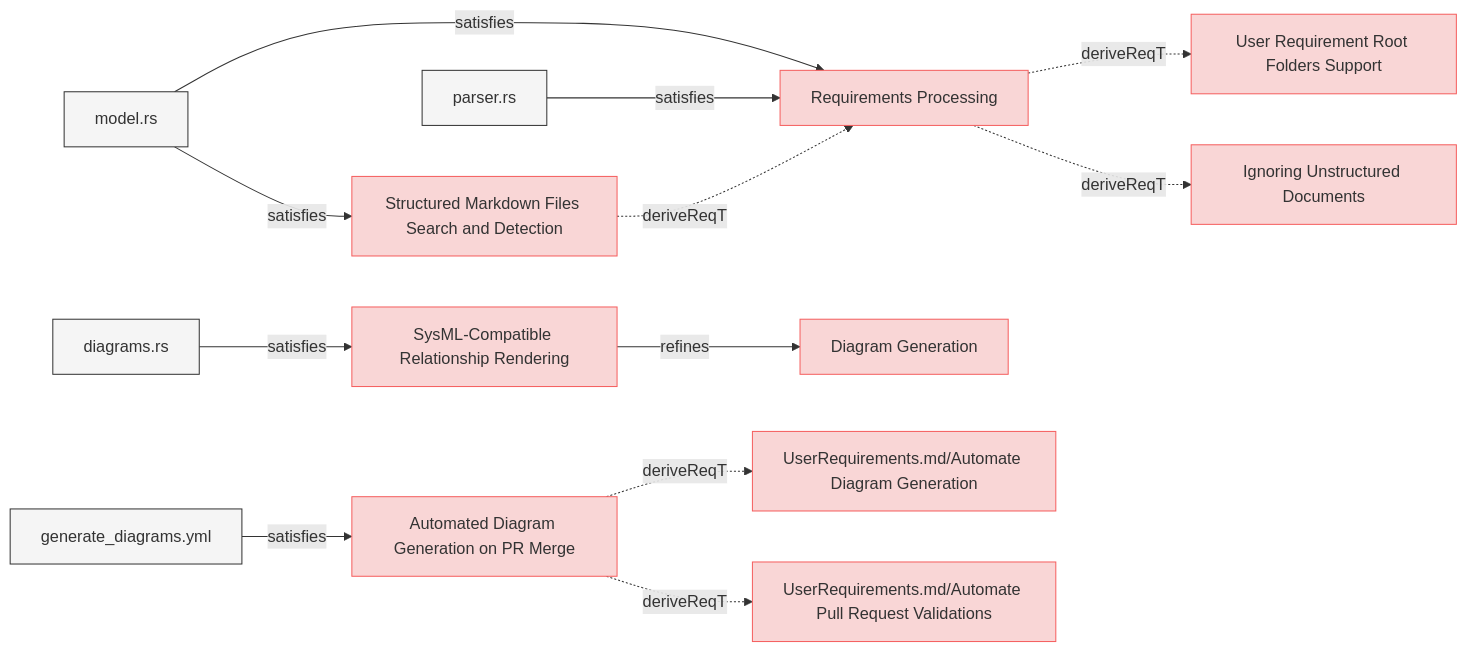
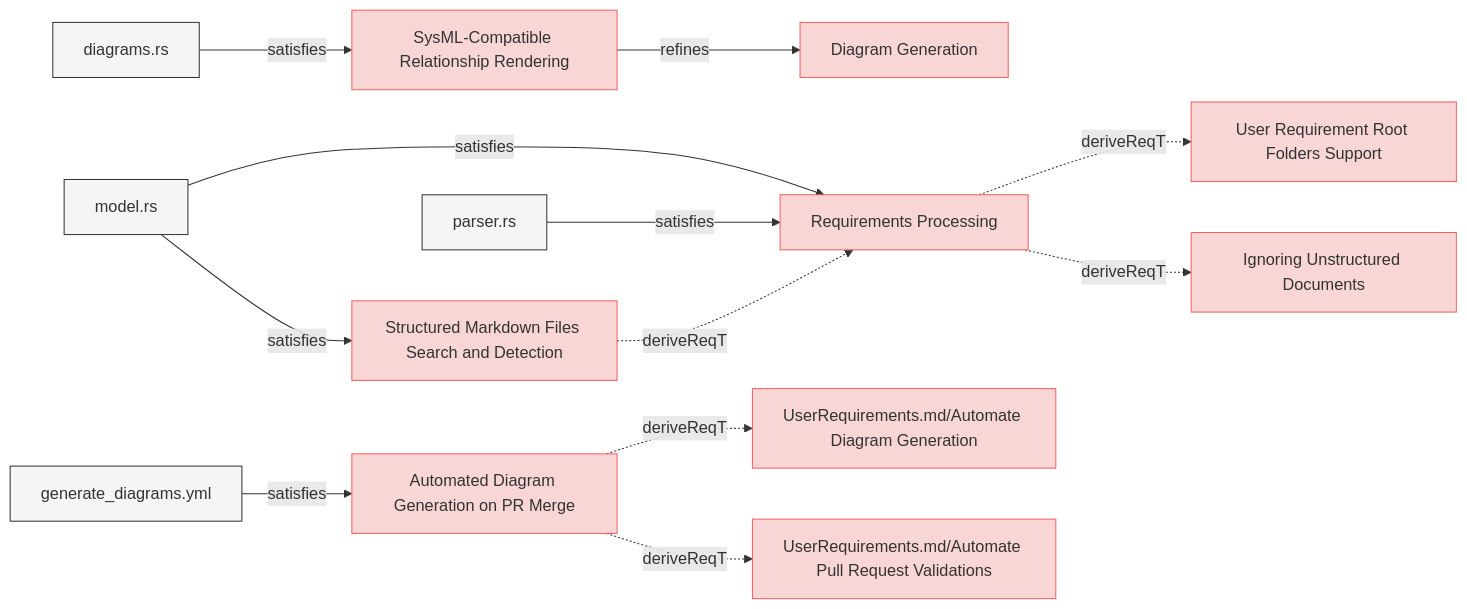
One commit to reqvire-org/reqvire changed the fourth of 8 diagrams in specifications/SystemRequirements/Requirements.md. Above: the diagram before and after it, drawn with Mermaid. The commit also changed other lines of this file and 44 other files, not shown here.

Commit message:
Diagrams bug fixes. Test improvements.

````diff
--- a/specifications/SystemRequirements/Requirements.md
+++ b/specifications/SystemRequirements/Requirements.md
@@ -420,59 +441,62 @@
 ```mermaid
 graph LR;
   %% Graph styling
   classDef requirement fill:#f9d6d6,stroke:#f55f5f,stroke-width:1px;
   classDef verification fill:#d6f9d6,stroke:#5fd75f,stroke-width:1px;
   classDef externalLink fill:#d0e0ff,stroke:#3080ff,stroke-width:1px;
   classDef default fill:#f5f5f5,stroke:#333333,stroke-width:1px;
 
+  379a8586548b9ac7["SysML-Compatible Relationship Rendering"];
+  class 379a8586548b9ac7 requirement;
+  click 379a8586548b9ac7 "Requirements.md#sysml-compatible-relationship-rendering";
+  e9aee7d9477f4abe["Diagram Generation"];
+  class e9aee7d9477f4abe requirement;
+  click e9aee7d9477f4abe "Requirements.md#diagram-generation";
+  379a8586548b9ac7 -->|refines| e9aee7d9477f4abe;
+  dad7eeb932afdb92["diagrams.rs"];
+  class dad7eeb932afdb92 default;
+  click dad7eeb932afdb92 "../../core/src/diagrams.rs";
+  dad7eeb932afdb92 -->|satisfies| 379a8586548b9ac7;
   bed8d0948b3e5ccd["Requirements Processing"];
-  click bed8d0948b3e5ccd "specifications/SystemRequirements/Requirements.md#requirements-processing#requirements-processing";
   class bed8d0948b3e5ccd requirement;
+  click bed8d0948b3e5ccd "Requirements.md#requirements-processing";
   a9d6e2569d5acd60["User Requirement Root Folders Support"];
   class a9d6e2569d5acd60 requirement;
-  click a9d6e2569d5acd60 "specifications/SystemRequirements/Requirements.md#user-requirement-root-folders-support#user-requirement-root-folders-support";
+  click a9d6e2569d5acd60 "Requirements.md#user-requirement-root-folders-support";
   bed8d0948b3e5ccd -.->|deriveReqT| a9d6e2569d5acd60;
   be83c2991e9535c7["Ignoring Unstructured Documents"];
   class be83c2991e9535c7 requirement;
-  click be83c2991e9535c7 "specifications/SystemRequirements/Requirements.md#ignoring-unstructured-documents#ignoring-unstructured-documents";
+  click be83c2991e9535c7 "Requirements.md#ignoring-unstructured-documents";
   bed8d0948b3e5ccd -.->|deriveReqT| be83c2991e9535c7;
   d50a859650933e55["model.rs"];
   class d50a859650933e55 default;
-  click d50a859650933e55 "core/src/model.rs";
+  click d50a859650933e55 "../../core/src/model.rs";
   d50a859650933e55 -->|satisfies| bed8d0948b3e5ccd;
   f22d93285fcd7664["parser.rs"];
   class f22d93285fcd7664 default;
-  click f22d93285fcd7664 "core/src/parser.rs";
+  click f22d93285fcd7664 "../../core/src/parser.rs";
   f22d93285fcd7664 -->|satisfies| bed8d0948b3e5ccd;
-  66582f9b6bdde6c4["Structured Markdown Files Search and Detection"];
-  click 66582f9b6bdde6c4 "specifications/SystemRequirements/Requirements.md#structured-markdown-files-search-and-detection#structured-markdown-files-search-and-detection";
-  class 66582f9b6bdde6c4 requirement;
-  66582f9b6bdde6c4 -.->|deriveReqT| bed8d0948b3e5ccd;
-  d50a859650933e55 -->|satisfies| 66582f9b6bdde6c4;
-  379a8586548b9ac7["SysML-Compatible Relationship Rendering"];
-  click 379a8586548b9ac7 "specifications/SystemRequirements/Requirements.md#sysml-compatible-relationship-rendering#sysml-compatible-relationship-rendering";
-  class 379a8586548b9ac7 requirement;
-  e9aee7d9477f4abe["Diagram Generation"];
-  class e9aee7d9477f4abe requirement;
-  click e9aee7d9477f4abe "specifications/SystemRequirements/Requirements.md#diagram-generation#diagram-generation";
-  379a8586548b9ac7 -->|refines| e9aee7d9477f4abe;
-  dad7eeb932afdb92["diagrams.rs"];
-  class dad7eeb932afdb92 default;
-  click dad7eeb932afdb92 "core/src/diagrams.rs";
-  dad7eeb932afdb92 -->|satisfies| 379a8586548b9ac7;
   3e3df7ad427a88fa["Automated Diagram Generation on PR Merge"];
-  click 3e3df7ad427a88fa "specifications/SystemRequirements/Requirements.md#automated-diagram-generation-on-pr-merge#automated-diagram-generation-on-pr-merge";
   class 3e3df7ad427a88fa requirement;
+  click 3e3df7ad427a88fa "Requirements.md#automated-diagram-generation-on-pr-merge";
   98a581084d5542fa["UserRequirements.md/Automate Diagram Generation"];
   class 98a581084d5542fa requirement;
-  click 98a581084d5542fa "specifications/UserRequirements.md#automate-diagram-generation#automate-diagram-generation";
+  click 98a581084d5542fa "../UserRequirements.md#automate-diagram-generation";
   3e3df7ad427a88fa -.->|deriveReqT| 98a581084d5542fa;
   15f2f511b2399406["UserRequirements.md/Automate Pull Request Validations"];
   class 15f2f511b2399406 requirement;
-  click 15f2f511b2399406 "specifications/UserRequirements.md#automate-pull-request-validations#automate-pull-request-validations";
+  click 15f2f511b2399406 "../UserRequirements.md#automate-pull-request-validations";
   3e3df7ad427a88fa -.->|deriveReqT| 15f2f511b2399406;
   98af8a1cf9c86822["generate_diagrams.yml"];
   class 98af8a1cf9c86822 default;
-  click 98af8a1cf9c86822 ".github/workflows/generate_diagrams.yml";
+  click 98af8a1cf9c86822 "../../.github/workflows/generate_diagrams.yml";
   98af8a1cf9c86822 -->|satisfies| 3e3df7ad427a88fa;
+  66582f9b6bdde6c4["Structured Markdown Files Search and Detection"];
+  class 66582f9b6bdde6c4 requirement;
+  click 66582f9b6bdde6c4 "Requirements.md#structured-markdown-files-search-and-detection";
+  66582f9b6bdde6c4 -.->|deriveReqT| bed8d0948b3e5ccd;
+  d50a859650933e55["model.rs"];
+  class d50a859650933e55 default;
+  click d50a859650933e55 "../../core/src/model.rs";
+  d50a859650933e55 -->|satisfies| 66582f9b6bdde6c4;
 ```
````
